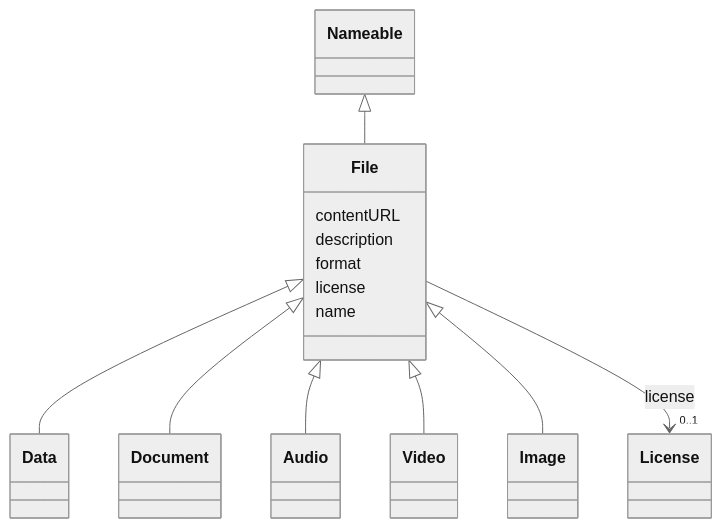
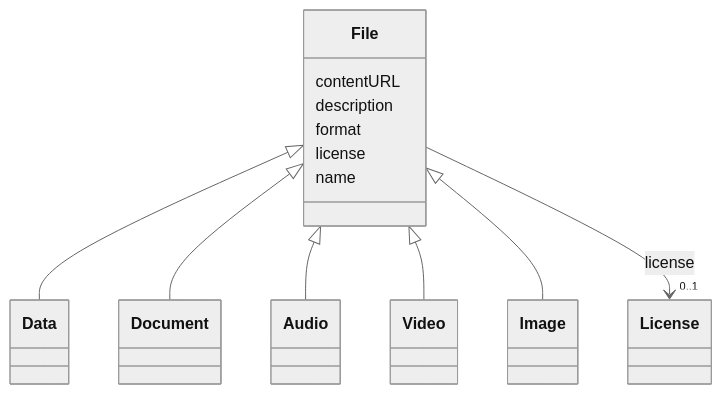
The diagram in models/docs/File.md (EVORA-project/evora-ontology), drawn with Mermaid (neutral theme) before and after one commit. The commit also changed other lines of this file and 462 other files, not shown here.

````diff
--- a/models/docs/File.md
+++ b/models/docs/File.md
@@ -21,39 +21,34 @@
 ```mermaid
  classDiagram
     class File
     click File href "../File"
-      Nameable <|-- File
-        click Nameable href "../Nameable"
-      
-
       File <|-- Data
         click Data href "../Data"
       File <|-- Document
         click Document href "../Document"
       File <|-- Audio
         click Audio href "../Audio"
       File <|-- Video
         click Video href "../Video"
       File <|-- Image
         click Image href "../Image"
-      
       
       File : contentURL
         
       File : description
         
       File : format
         
       File : license
         
           
     
     
     File --> "0..1" License : license
     click License href "../License"
 
         
       File : name
         
       
 ```
````
